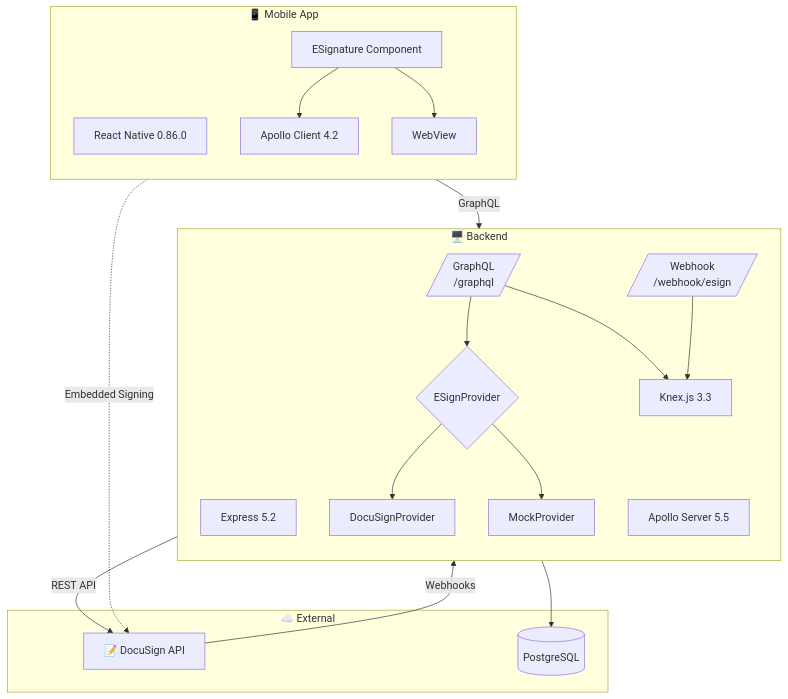
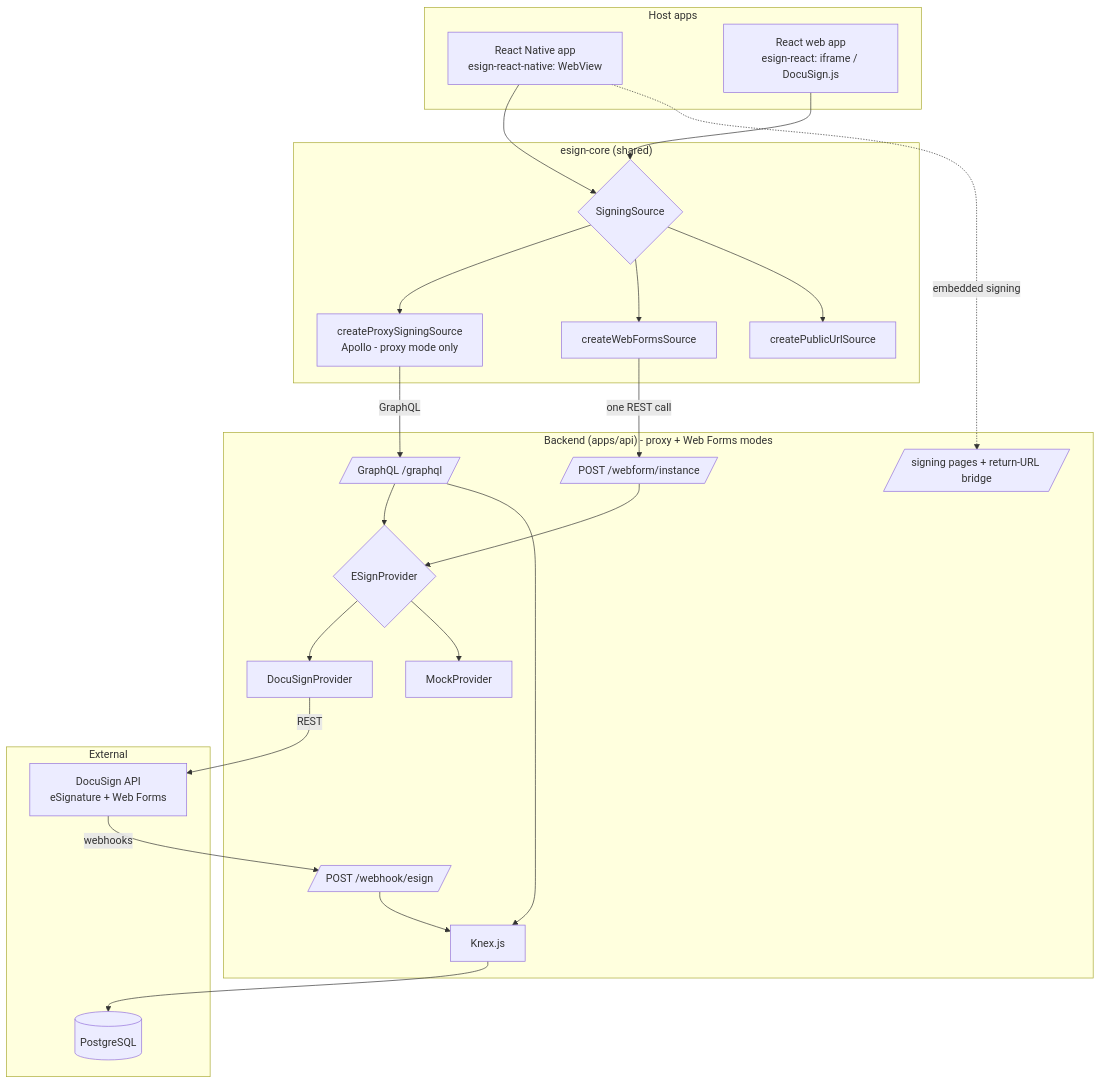
Before and after one commit to blinkbitcoin/esign: the first of 8 diagrams in docs/diagrams/mermaid-diagrams.md, drawn with Mermaid. The commit also changed other lines of this file and 92 other files, not shown here.

First line of the commit message:
Rename core package to @blinkbitcoin/esign-core; diagrams + skill regenerated

````diff
--- a/docs/diagrams/mermaid-diagrams.md
+++ b/docs/diagrams/mermaid-diagrams.md
@@ -9,40 +9,45 @@
 ```mermaid
 flowchart TB
-    subgraph Mobile["📱 Mobile App"]
-        direction TB
-        RN[React Native 0.86.0]
-        ES[ESignature Component]
-        AC[Apollo Client 4.2]
-        WV[WebView]
+    subgraph Hosts["Host apps"]
+        RN[React Native app<br/>esign-react-native: WebView]
+        WEB[React web app<br/>esign-react: iframe / DocuSign.js]
     end
 
-    subgraph Backend["🖥️ Backend"]
-        direction TB
-        EX[Express 5.2]
-        AS[Apollo Server 5.5]
-        GQL[/GraphQL\n/graphql/]
-        WH[/Webhook\n/webhook/esign/]
-        PR[Knex.js 3.3]
+    subgraph Core["esign-core (shared)"]
+        SRC{SigningSource}
+        PROXY[createProxySigningSource<br/>Apollo - proxy mode only]
+        WF[createWebFormsSource]
+        PUB[createPublicUrlSource]
+    end
+
+    subgraph Backend["Backend (apps/api) - proxy + Web Forms modes"]
+        GQL[/"GraphQL /graphql"/]
+        WFI[/"POST /webform/instance"/]
+        WH[/"POST /webhook/esign"/]
+        SP[/"signing pages + return-URL bridge"/]
         PROV{ESignProvider}
         DS[DocuSignProvider]
         MOCK[MockProvider]
+        KNEX[Knex.js]
     end
 
-    subgraph External["☁️ External"]
-        DOCU[📝 DocuSign API]
+    subgraph External["External"]
+        DOCU[DocuSign API<br/>eSignature + Web Forms]
         DB[(PostgreSQL)]
     end
 
-    ES --> AC
-    ES --> WV
-    AC -->|GraphQL| GQL
+    RN --> SRC
+    WEB --> SRC
+    SRC --> PROXY & WF & PUB
+    PROXY -->|GraphQL| GQL
+    WF -->|one REST call| WFI
     GQL --> PROV
-    PROV --> DS
-    PROV --> MOCK
-    DS -->|REST API| DOCU
-    DOCU -->|Webhooks| WH
-    WH --> PR
-    GQL --> PR
-    PR --> DB
-    WV -.->|Embedded Signing| DOCU
+    WFI --> PROV
+    PROV --> DS & MOCK
+    DS -->|REST| DOCU
+    DOCU -->|webhooks| WH
+    GQL --> KNEX
+    WH --> KNEX
+    KNEX --> DB
+    RN -.->|embedded signing| SP
 ```
````
